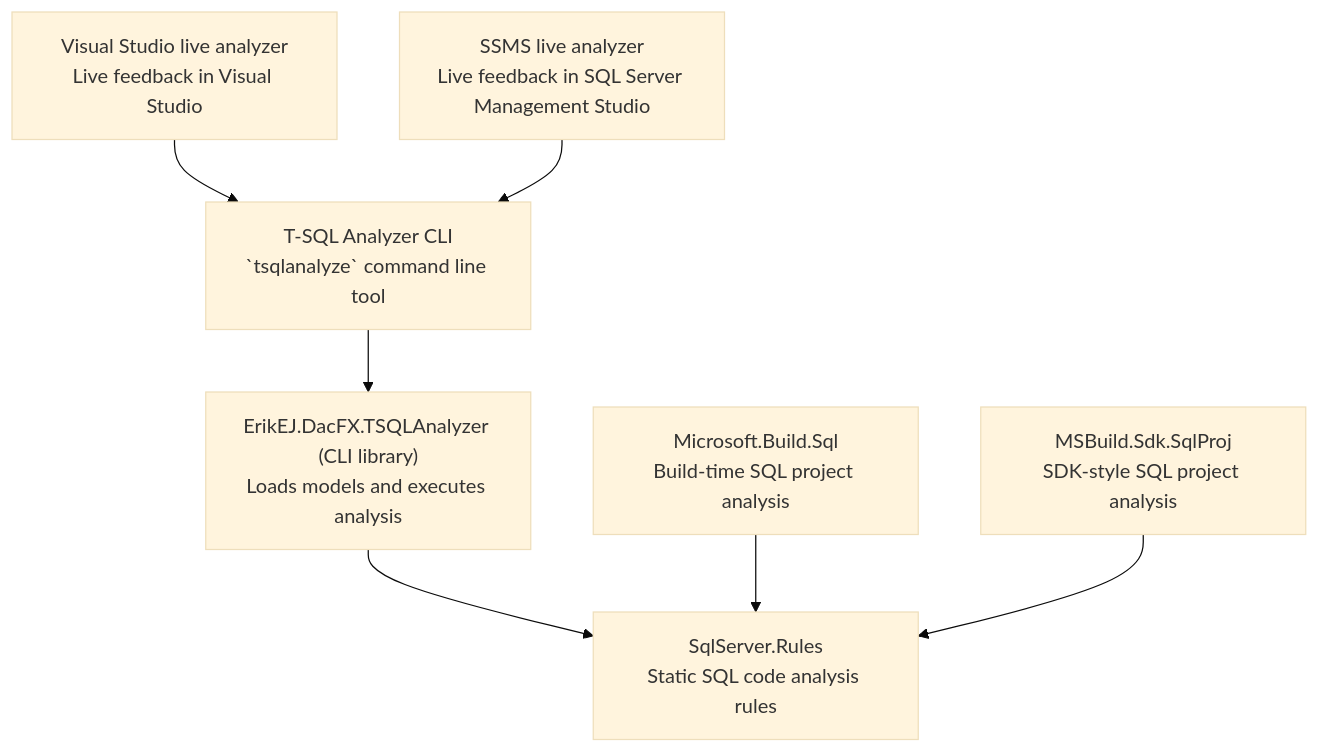
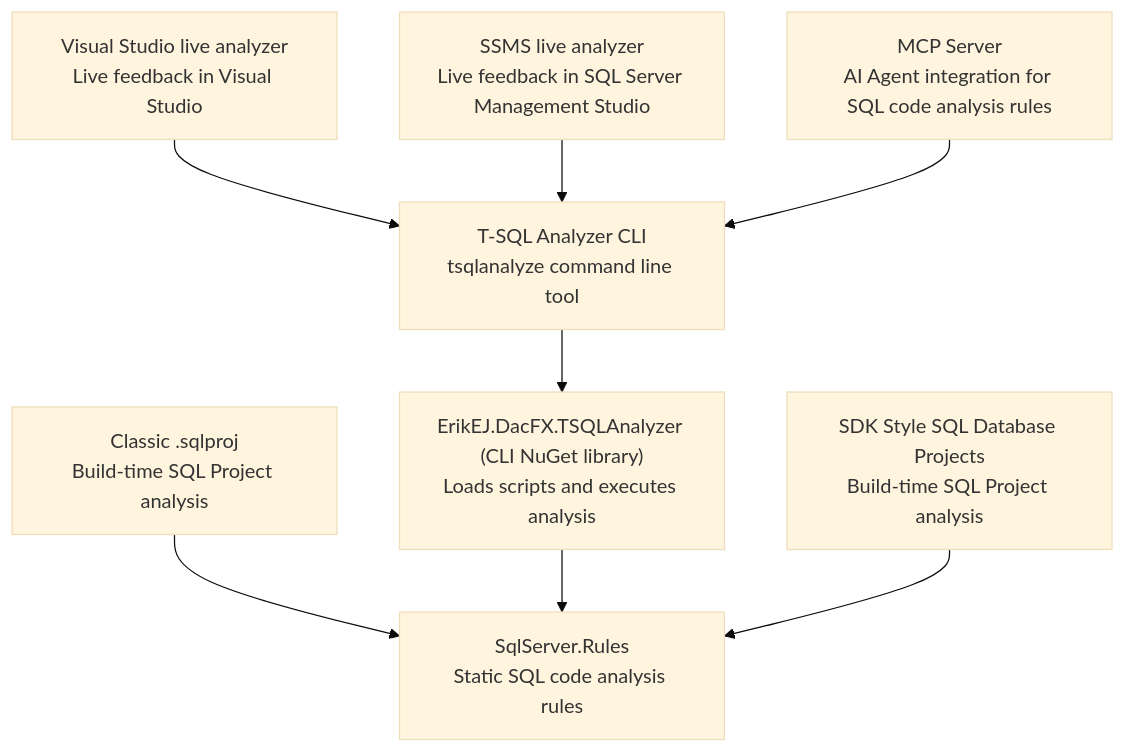
The diagram in README.md (ErikEJ/SqlServer.Rules), drawn with Mermaid (base theme) before and after one commit. The commit also changed other lines of this file and 1 other file, not shown here.

````diff
--- a/README.md
+++ b/README.md
@@ -20,17 +21,19 @@
 ```mermaid
 flowchart TD
     VS["Visual Studio live analyzer<br/>Live feedback in Visual Studio"]
     SSMS["SSMS live analyzer<br/>Live feedback in SQL Server Management Studio"]
-    CLI["T-SQL Analyzer CLI<br/>`tsqlanalyze` command line tool"]
-    CLILIB["ErikEJ.DacFX.TSQLAnalyzer (CLI library)<br/>Loads models and executes analysis"]
-    MBSQL["Microsoft.Build.Sql<br/>Build-time SQL project analysis"]
-    SQLPROJ["MSBuild.Sdk.SqlProj<br/>SDK-style SQL project analysis"]
+    CLI["T-SQL Analyzer CLI<br/>tsqlanalyze command line tool"]
+    CLILIB["ErikEJ.DacFX.TSQLAnalyzer (CLI NuGet library)<br/>Loads scripts and executes analysis"]
+    MBSQL["SDK Style SQL Database Projects<br/>Build-time SQL Project analysis"]
+    CLASSIC["Classic .sqlproj<br/>Build-time SQL Project analysis"]
     RULES["SqlServer.Rules<br/>Static SQL code analysis rules"]
+    MCP["MCP Server<br/>AI Agent integration for SQL code analysis rules"]
 
     VS --> CLI
     SSMS --> CLI
+    CLASSIC --> RULES
     CLI --> CLILIB
     CLILIB --> RULES
     MBSQL --> RULES
-    SQLPROJ --> RULES
+    MCP --> CLI
 ```
````
